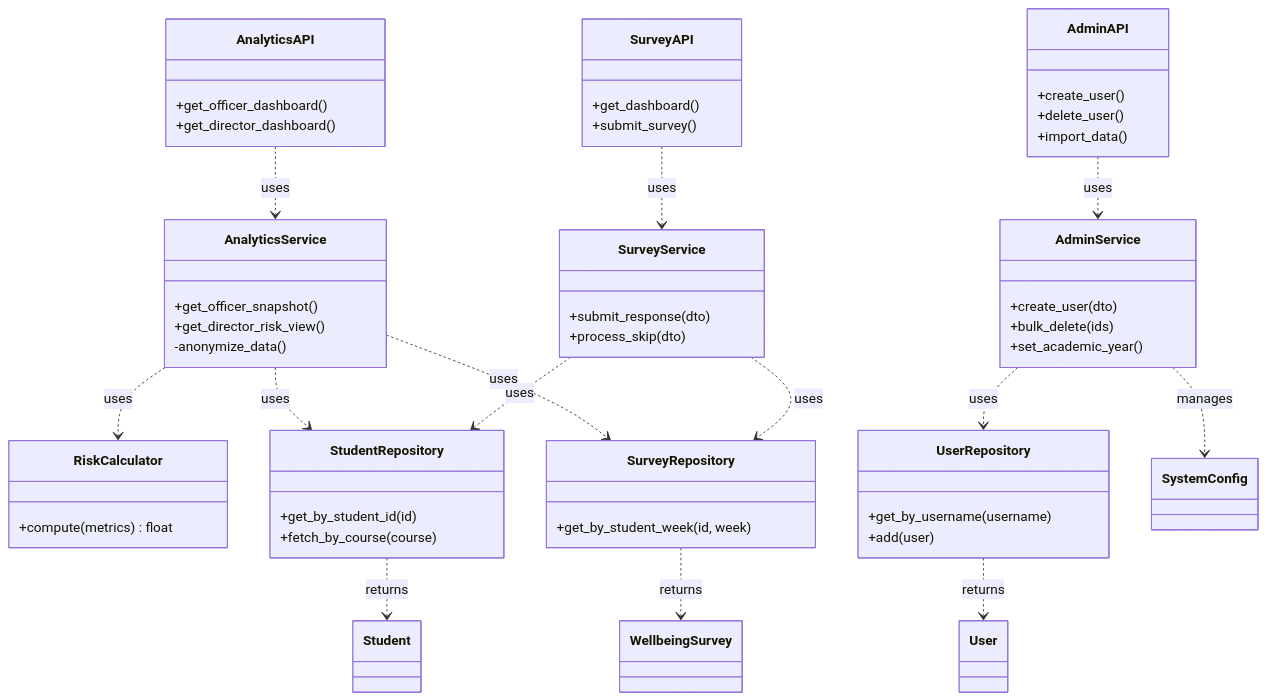
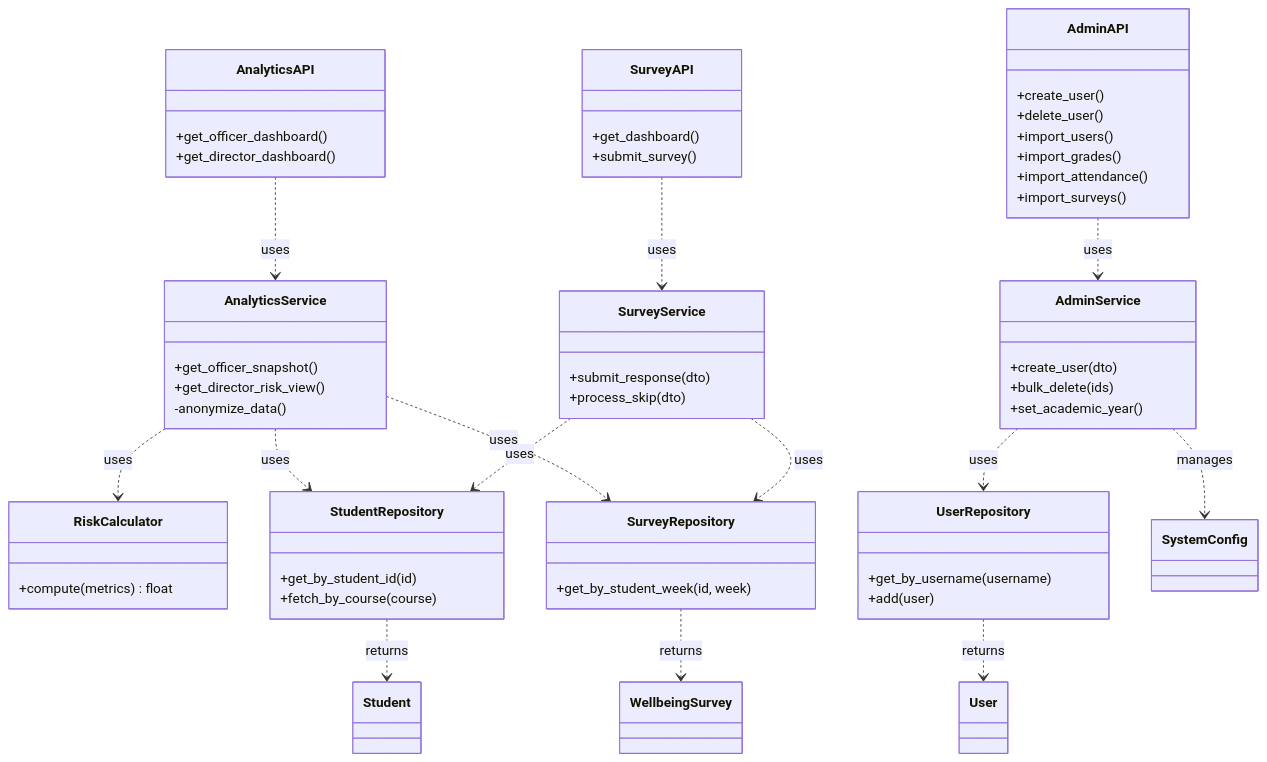
The second of 3 diagrams in ARCHITECTURE.md (ayqon/Wellbeing-System), drawn with Mermaid before and after one commit. The commit also changed other lines of this file and 18 other files, not shown here.

````diff
--- a/ARCHITECTURE.md
+++ b/ARCHITECTURE.md
@@ -145,68 +145,71 @@
 ```mermaid
 classDiagram
     %% API Layer (Controllers)
     class AdminAPI {
         +create_user()
         +delete_user()
-        +import_data()
+        +import_users()
+        +import_grades()
+        +import_attendance()
+        +import_surveys()
     }
     class SurveyAPI {
         +get_dashboard()
         +submit_survey()
     }
     class AnalyticsAPI {
         +get_officer_dashboard()
         +get_director_dashboard()
     }
 
     %% Service Layer
     class AdminService {
         +create_user(dto)
         +bulk_delete(ids)
         +set_academic_year()
     }
     class SurveyService {
         +submit_response(dto)
         +process_skip(dto)
     }
     class AnalyticsService {
         +get_officer_snapshot()
         +get_director_risk_view()
         -anonymize_data()
     }
     class RiskCalculator {
         +compute(metrics) float
     }
 
     %% Repository Layer
     class UserRepository {
         +get_by_username(username)
         +add(user)
     }
     class StudentRepository {
         +get_by_student_id(id)
         +fetch_by_course(course)
     }
     class SurveyRepository {
         +get_by_student_week(id, week)
     }
 
     %% Relationships
     AdminAPI ..> AdminService : uses
     SurveyAPI ..> SurveyService : uses
     AnalyticsAPI ..> AnalyticsService : uses
     
     AdminService ..> UserRepository : uses
     AdminService ..> SystemConfig : manages
     
     SurveyService ..> SurveyRepository : uses
     SurveyService ..> StudentRepository : uses
     
     AnalyticsService ..> RiskCalculator : uses
     AnalyticsService ..> StudentRepository : uses
     AnalyticsService ..> SurveyRepository : uses
     
     UserRepository ..> User : returns
     StudentRepository ..> Student : returns
     SurveyRepository ..> WellbeingSurvey : returns
 ```
````
